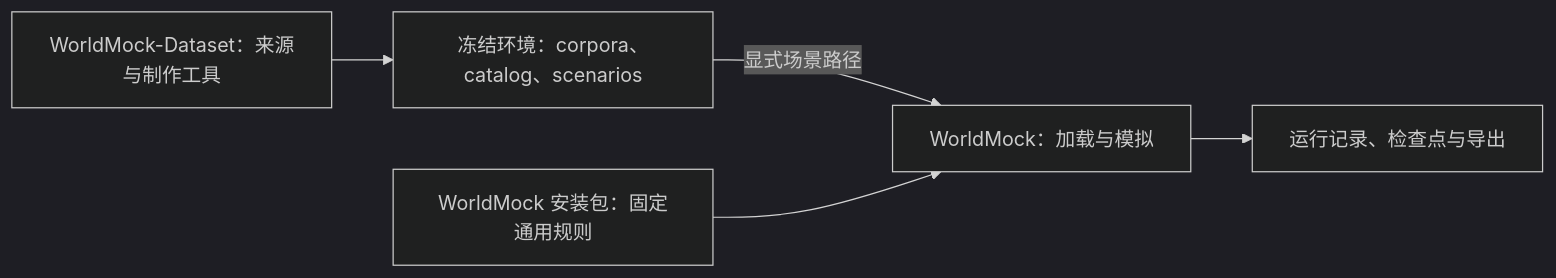
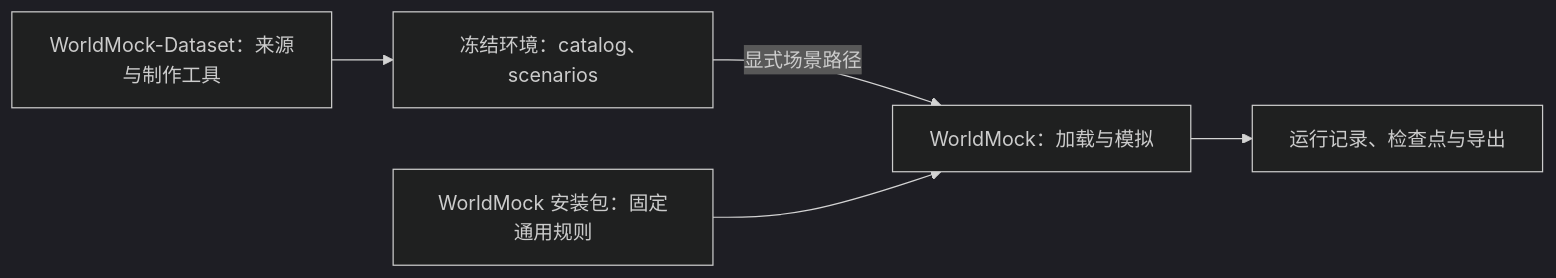
Before and after one commit to HoldThatThgt/WorldMock: the first of 2 diagrams in docs/INDEX.md, drawn with Mermaid (dark theme). The commit also changed other lines of this file and 20 other files, not shown here.

````diff
--- a/docs/INDEX.md
+++ b/docs/INDEX.md
@@ -29,7 +29,7 @@
 ```mermaid
 flowchart LR
-    D[WorldMock-Dataset：来源与制作工具] --> E[冻结环境：corpora、catalog、scenarios]
+    D[WorldMock-Dataset：来源与制作工具] --> E[冻结环境：catalog、scenarios]
     E -->|显式场景路径| W[WorldMock：加载与模拟]
     P[WorldMock 安装包：固定通用规则] --> W
     W --> R[运行记录、检查点与导出]
 ```
````
